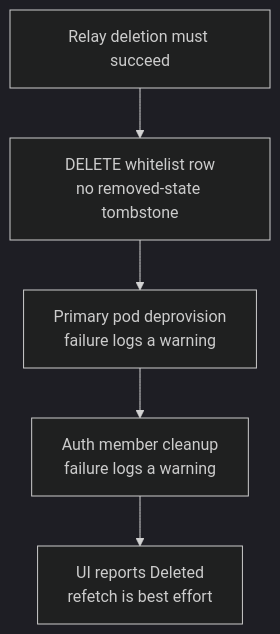
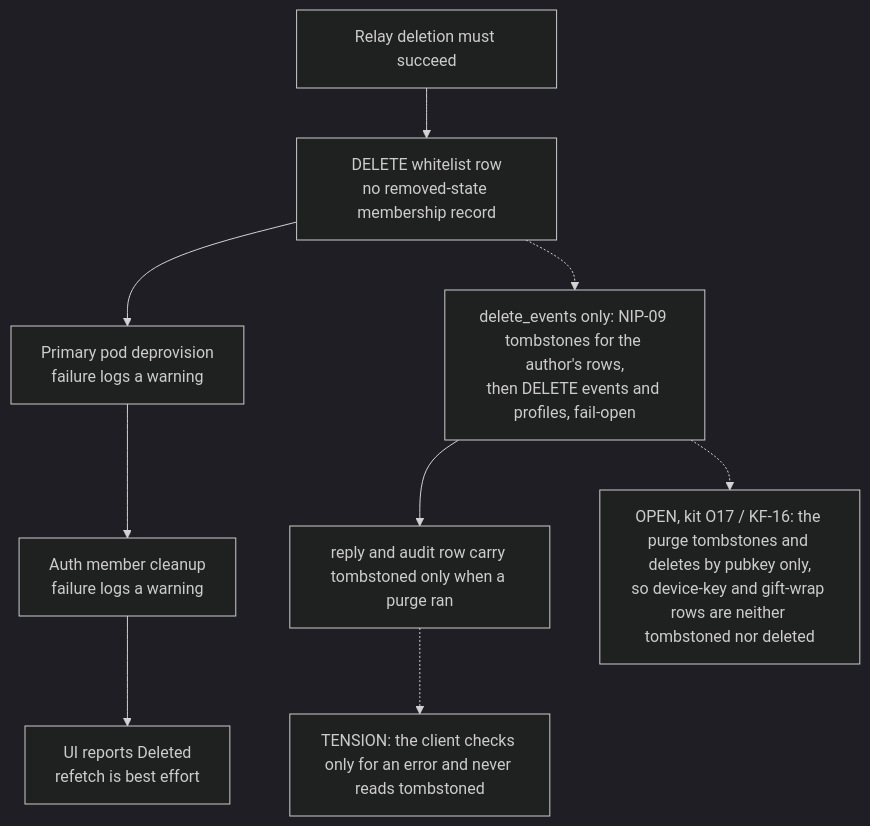
One commit to DreamLab-AI/VisionFlow changed the fifth of 7 diagrams in docs/diagrams/nostr-rust-forum/25-membership-lifecycle-and-admin-consistency.md. Above: the diagram before and after it, drawn with Mermaid (dark theme). The commit also changed other lines of this file and 1 other file, not shown here.

First line of the commit message:
docs(diagrams): NF-08 and NF-25 re-verified at nostr-rust-forum af4f0d5

````diff
--- a/docs/diagrams/nostr-rust-forum/25-membership-lifecycle-and-admin-consistency.md
+++ b/docs/diagrams/nostr-rust-forum/25-membership-lifecycle-and-admin-consistency.md
@@ -115,14 +117,24 @@
 ```mermaid
 flowchart TB
     %% Source: ../nostr-rust-forum/crates/nostr-bbs-forum-client/src/admin/mod.rs:488
     A["Relay deletion must succeed"]
     %% Source: ../nostr-rust-forum/crates/nostr-bbs-relay-worker/src/user_admin.rs:199
-    B["DELETE whitelist row<br/>no removed-state tombstone"]
+    B["DELETE whitelist row<br/>no removed-state membership record"]
+    %% Source: ../nostr-rust-forum/crates/nostr-bbs-relay-worker/src/user_admin.rs:224-231
+    B2["delete_events only: NIP-09 tombstones for the author's rows,<br/>then DELETE events and profiles, fail-open"]
+    %% Source: ../nostr-rust-forum/crates/nostr-bbs-relay-worker/src/user_admin.rs:268-270
+    B3["reply and audit row carry tombstoned only when a purge ran"]
+    %% Source: ../nostr-rust-forum/crates/nostr-bbs-forum-client/src/admin/mod.rs:487
+    B4["TENSION: the client checks only for an error and never reads tombstoned"]
     %% Source: ../nostr-rust-forum/crates/nostr-bbs-forum-client/src/admin/mod.rs:506
     C["Primary pod deprovision<br/>failure logs a warning"]
     %% Source: ../nostr-rust-forum/crates/nostr-bbs-forum-client/src/admin/mod.rs:524
     D["Auth member cleanup<br/>failure logs a warning"]
     %% Source: ../nostr-rust-forum/crates/nostr-bbs-forum-client/src/admin/mod.rs:533
     E["UI reports Deleted<br/>refetch is best effort"]
     A --> B --> C --> D --> E
+    B -.-> B2 --> B3 -.-> B4
+    %% Source: ../nostr-rust-forum/crates/nostr-bbs-relay-worker/src/user_admin.rs:233
+    OPEN1["OPEN, kit O17 / KF-16: the purge tombstones and deletes by pubkey only,<br/>so device-key and gift-wrap rows are neither tombstoned nor deleted"]
+    B2 -.-> OPEN1
 ```
````
